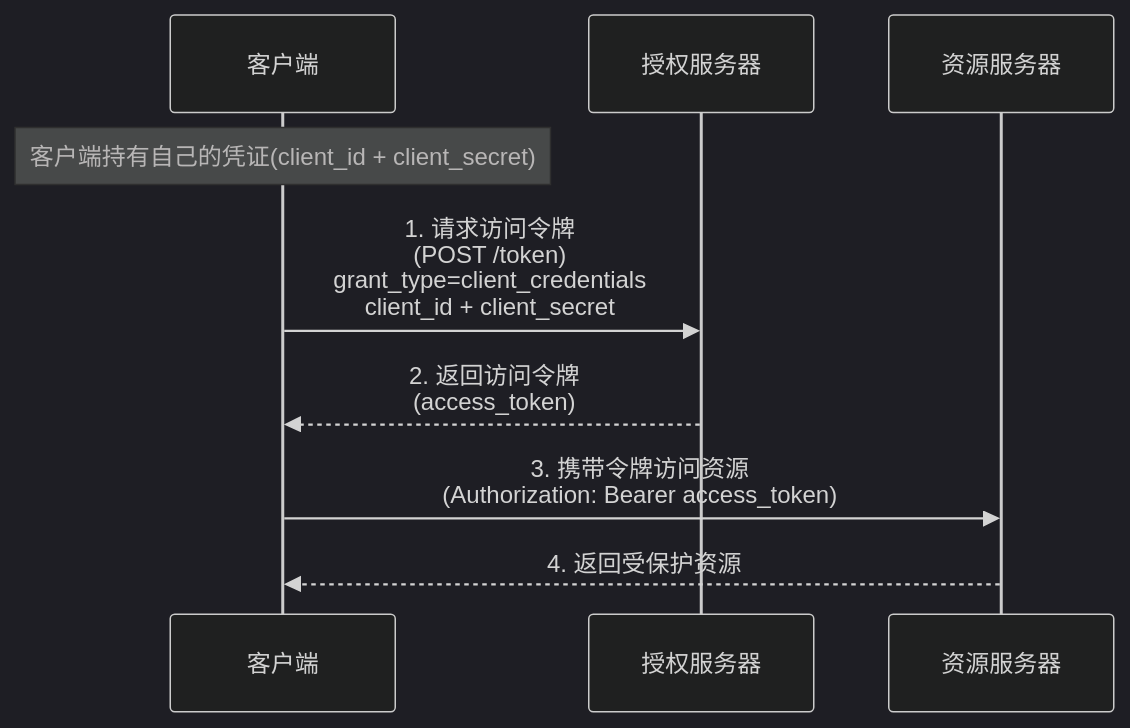
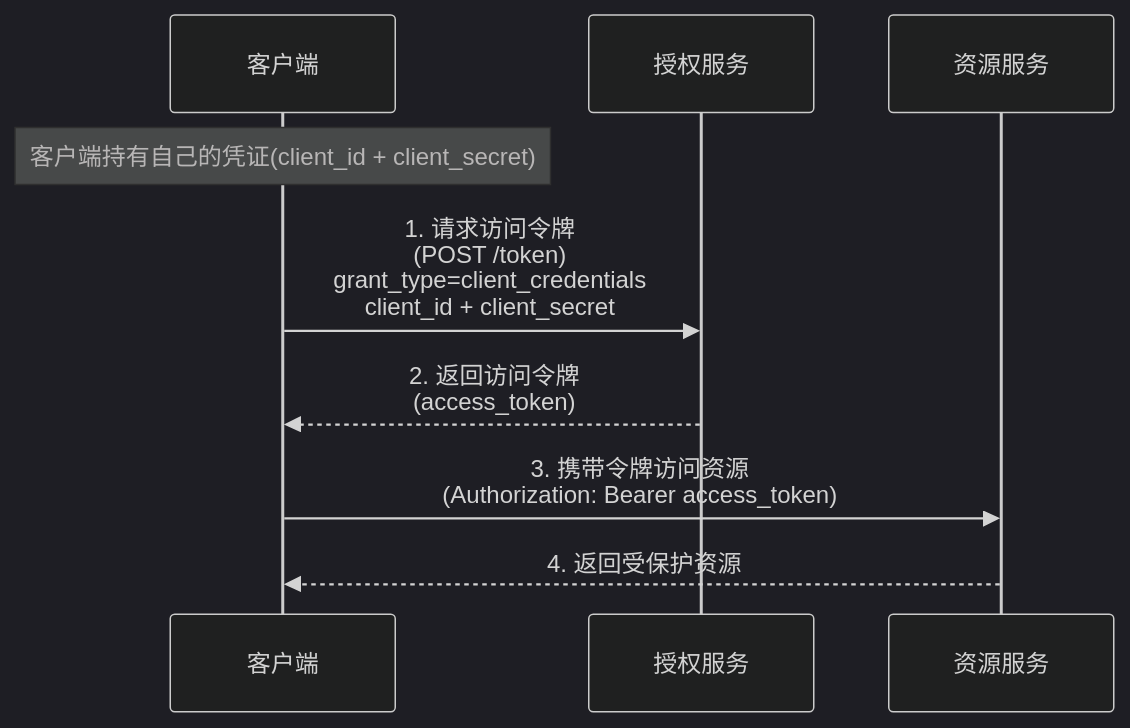
One commit to xunbu/notes changed the seventh of 10 diagrams in 互联网认证授权机制/互联网认证授权机制.md. Above: the diagram before and after it, drawn with Mermaid (dark theme). The commit also changed other lines of this file, not shown here.

````diff
--- a/互联网认证授权机制/互联网认证授权机制.md
+++ b/互联网认证授权机制/互联网认证授权机制.md
@@ -189,13 +189,13 @@
 ```mermaid
 sequenceDiagram
     participant Client as 客户端
-    participant AuthServer as 授权服务器
-    participant ResourceServer as 资源服务器
+    participant AuthServer as 授权服务
+    participant ResourceServer as 资源服务
 
     Note over Client: 客户端持有自己的凭证(client_id + client_secret)
     Client->>AuthServer: 1. 请求访问令牌<br>(POST /token)<br>grant_type=client_credentials<br>client_id + client_secret
     AuthServer-->>Client: 2. 返回访问令牌<br>(access_token)
     Client->>ResourceServer: 3. 携带令牌访问资源<br>(Authorization: Bearer access_token)
     ResourceServer-->>Client: 4. 返回受保护资源
 
 ```
````
